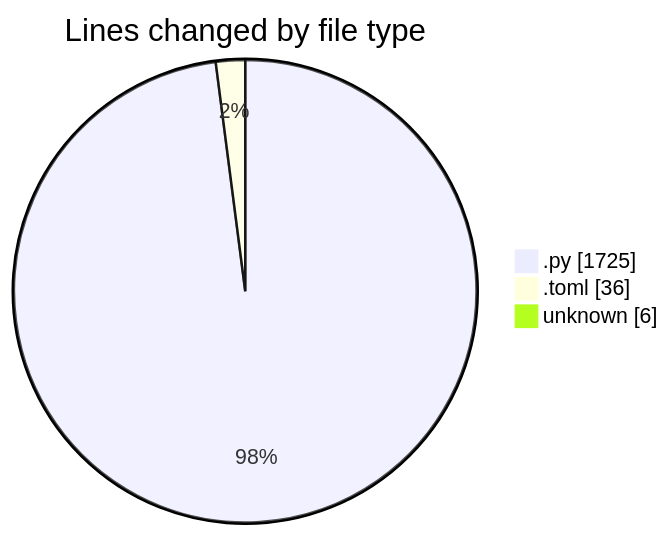
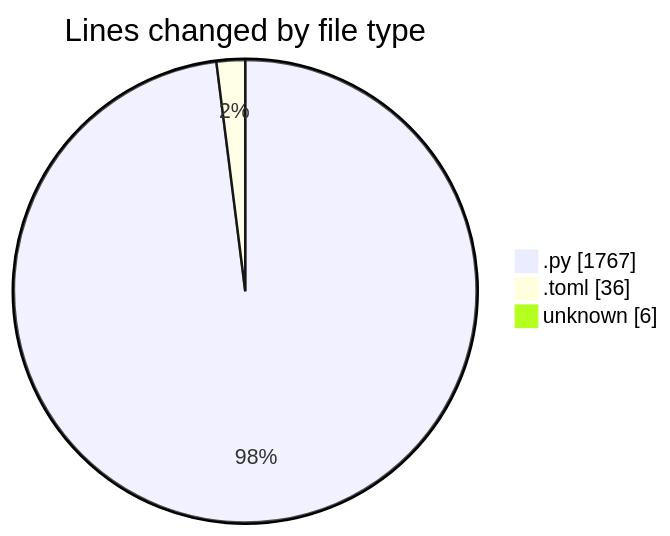
One commit to julien-gomy/code-tracking changed the first of 2 diagrams in 2025-11-20/eventscop-api-guide__workspace_/README.md. Above: the diagram before and after it, drawn with Mermaid. The commit also changed other lines of this file and 1 other file, not shown here.

````diff
--- a/2025-11-20/eventscop-api-guide__workspace_/README.md
+++ b/2025-11-20/eventscop-api-guide__workspace_/README.md
@@ -31,7 +31,7 @@
 ```mermaid
 pie showData
 title Lines changed by file type
-".py" : 1725
+".py" : 1767
 ".toml" : 36
 "unknown" : 6
 ```
````
